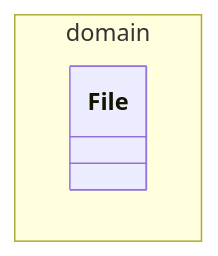
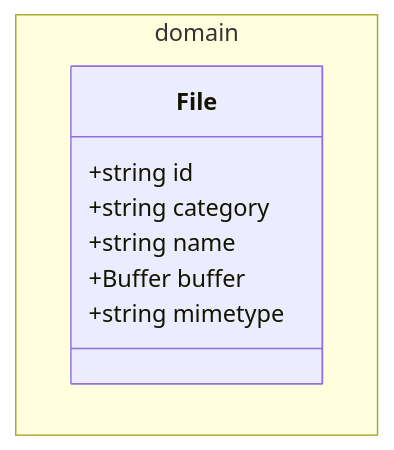
Before and after one commit to pslotinsky/decay-of-magic: the third of 4 diagrams in services/vault-service/README.md, drawn with Mermaid. The commit also changed other lines of this file and 16 other files, not shown here.

Commit message:
DOD-0004: Add class members to Poe class diagram

````diff
--- a/services/vault-service/README.md
+++ b/services/vault-service/README.md
@@ -61,7 +92,12 @@
 ```mermaid
 classDiagram
   namespace domain {
-    class File
+    class File {
+      +string id
+      +string category
+      +string name
+      +Buffer buffer
+      +string mimetype
+    }
   }
-
 ```
````
